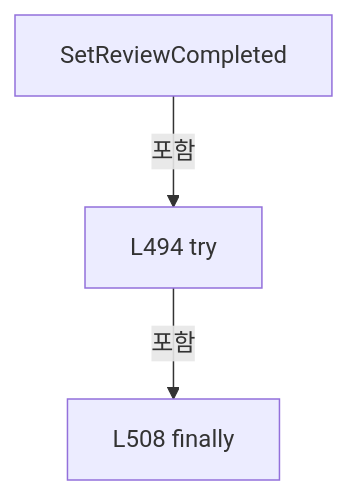
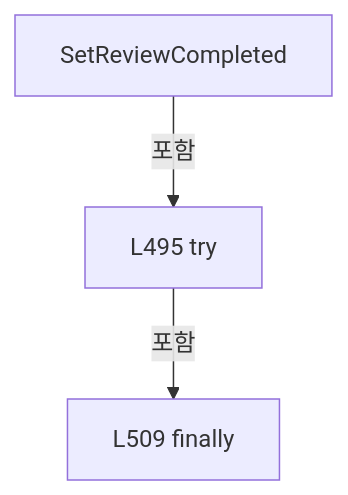
One commit to kjuws10-rgb/Shared changed diagram 14 of 27 in A3 LD Code Ref/files/Drilling.Common/Product/CProductManager.cs.md. Above: the diagram before and after it, drawn with Mermaid. The commit also changed other lines of this file and 8055 other files, not shown here.

Commit message:
docs(a3): trace Stage Glass Data and refresh architecture and full code reference

````diff
--- a/A3 LD Code Ref/files/Drilling.Common/Product/CProductManager.cs.md
+++ b/A3 LD Code Ref/files/Drilling.Common/Product/CProductManager.cs.md
@@ -1760,8 +1761,8 @@
 ```mermaid
 flowchart TD
  M["SetReviewCompleted"]
- N0["L494 try"]
+ N0["L495 try"]
  M -->|포함| N0
- N1["L508 finally"]
+ N1["L509 finally"]
  N0 -->|포함| N1
 ```
````
